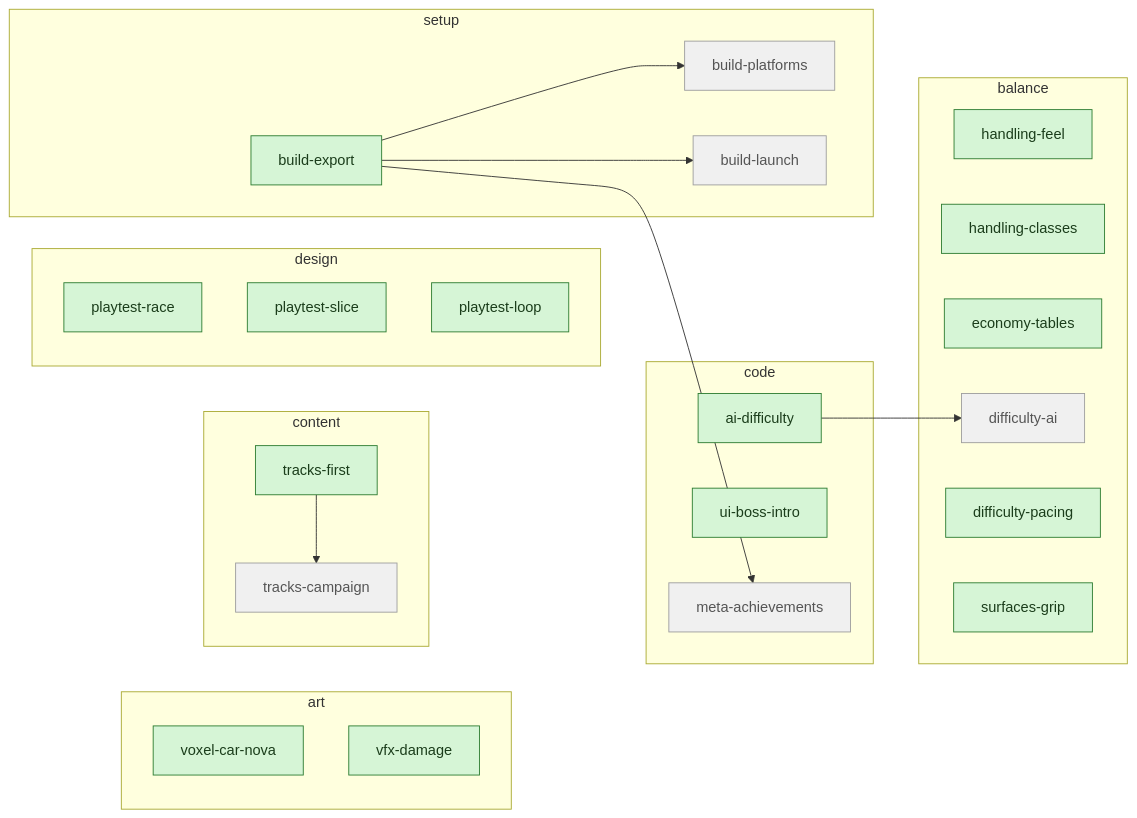
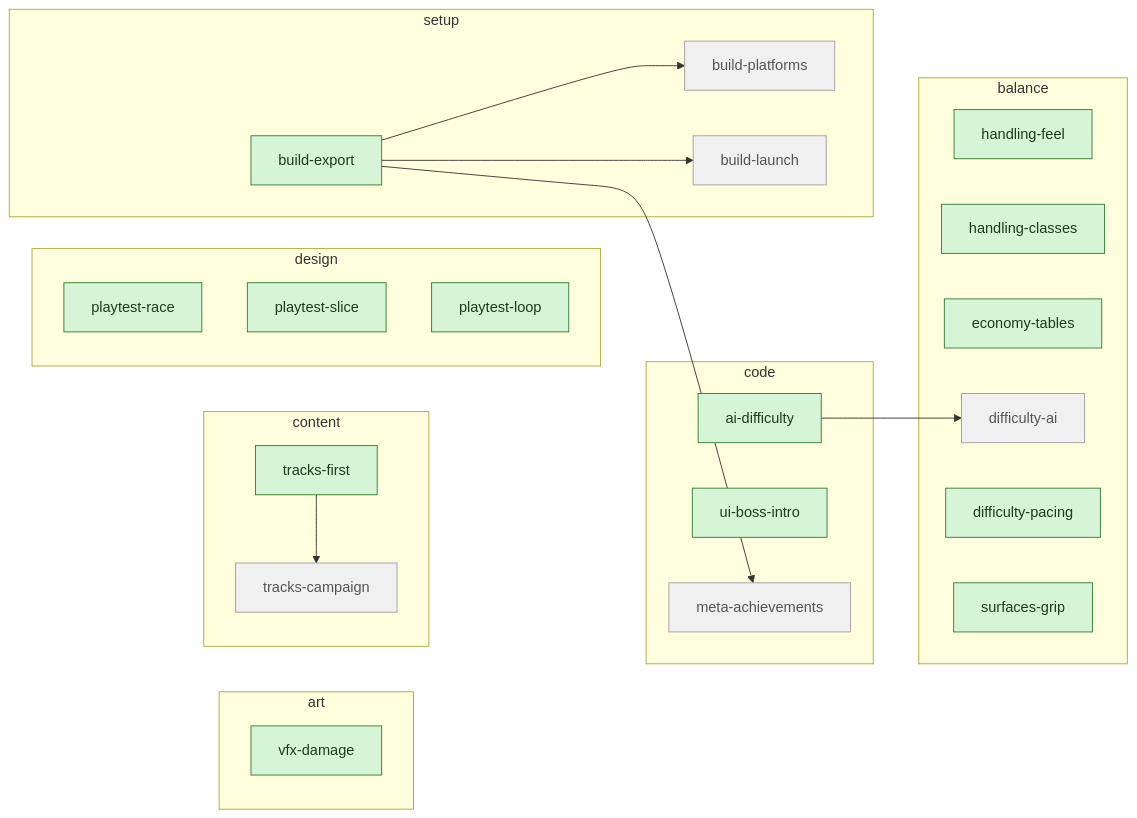
The third of 3 diagrams in STATUS.md (artemiiShabanov/RallyRivals), drawn with Mermaid before and after one commit. The commit also changed other lines of this file and 7 other files, not shown here.

````diff
--- a/STATUS.md
+++ b/STATUS.md
@@ -90,43 +89,42 @@
 ```mermaid
 flowchart LR
   subgraph code
     code_ai_difficulty["ai-difficulty"]
     code_ui_boss_intro["ui-boss-intro"]
     code_meta_achievements["meta-achievements"]
   end
   subgraph art
-    art_voxel_car_nova["voxel-car-nova"]
     art_vfx_damage["vfx-damage"]
   end
   subgraph content
     content_tracks_first["tracks-first"]
     content_tracks_campaign["tracks-campaign"]
   end
   subgraph balance
     balance_handling_feel["handling-feel"]
     balance_handling_classes["handling-classes"]
     balance_economy_tables["economy-tables"]
     balance_difficulty_ai["difficulty-ai"]
     balance_difficulty_pacing["difficulty-pacing"]
     balance_surfaces_grip["surfaces-grip"]
   end
   subgraph design
     design_playtest_race["playtest-race"]
     design_playtest_slice["playtest-slice"]
     design_playtest_loop["playtest-loop"]
   end
   subgraph setup
     setup_build_export["build-export"]
     setup_build_platforms["build-platforms"]
     setup_build_launch["build-launch"]
   end
   setup_build_export --> code_meta_achievements
   content_tracks_first --> content_tracks_campaign
   code_ai_difficulty --> balance_difficulty_ai
   setup_build_export --> setup_build_platforms
   setup_build_export --> setup_build_launch
   classDef avail fill:#d6f5d6,stroke:#2e7d32,color:#1b3d1b;
   classDef blocked fill:#f0f0f0,stroke:#9e9e9e,color:#555;
-  class code_ai_difficulty,code_ui_boss_intro,content_tracks_first,art_voxel_car_nova,art_vfx_damage,balance_handling_feel,balance_handling_classes,balance_economy_tables,balance_difficulty_pacing,balance_surfaces_grip,design_playtest_race,design_playtest_slice,design_playtest_loop,setup_build_export avail;
+  class code_ai_difficulty,code_ui_boss_intro,content_tracks_first,art_vfx_damage,balance_handling_feel,balance_handling_classes,balance_economy_tables,balance_difficulty_pacing,balance_surfaces_grip,design_playtest_race,design_playtest_slice,design_playtest_loop,setup_build_export avail;
   class code_meta_achievements,content_tracks_campaign,balance_difficulty_ai,setup_build_platforms,setup_build_launch blocked;
 ```
````
